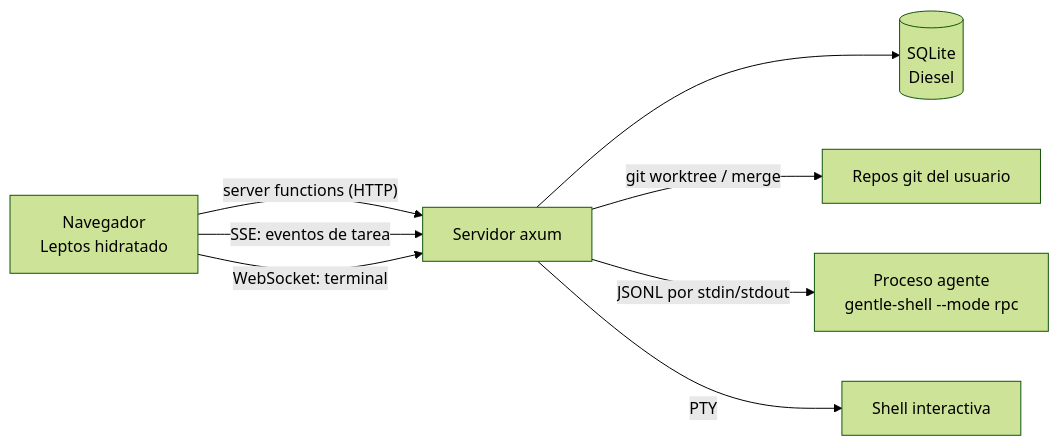
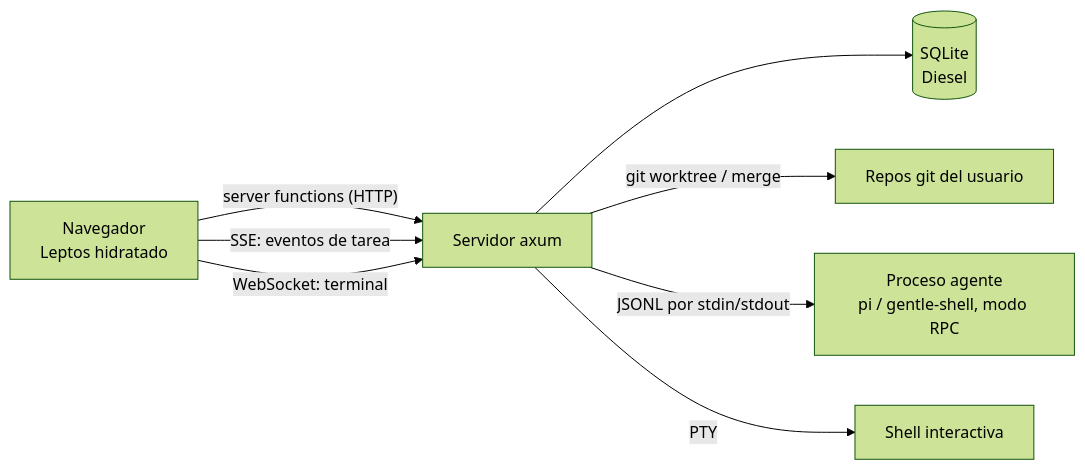
The first of 11 diagrams in ARCHITECTURE.md (plopezm/iworkflow), drawn with Mermaid (forest theme) before and after one commit. The commit also changed other lines of this file, not shown here.

Commit message:
docs: update ARCHITECTURE with the agent runtime abstraction, capabilities and commands

````diff
--- a/ARCHITECTURE.md
+++ b/ARCHITECTURE.md
@@ -28,10 +28,10 @@
 ```mermaid
 flowchart LR
     U[Navegador<br/>Leptos hidratado] -- "server functions (HTTP)" --> S[Servidor axum]
     U -- "SSE: eventos de tarea" --> S
     U -- "WebSocket: terminal" --> S
     S --> DB[(SQLite<br/>Diesel)]
     S -- "git worktree / merge" --> G[Repos git del usuario]
-    S -- "JSONL por stdin/stdout" --> A[Proceso agente<br/>gentle-shell --mode rpc]
+    S -- "JSONL por stdin/stdout" --> A[Proceso agente<br/>pi / gentle-shell, modo RPC]
     S -- "PTY" --> T[Shell interactiva]
 ```
````
